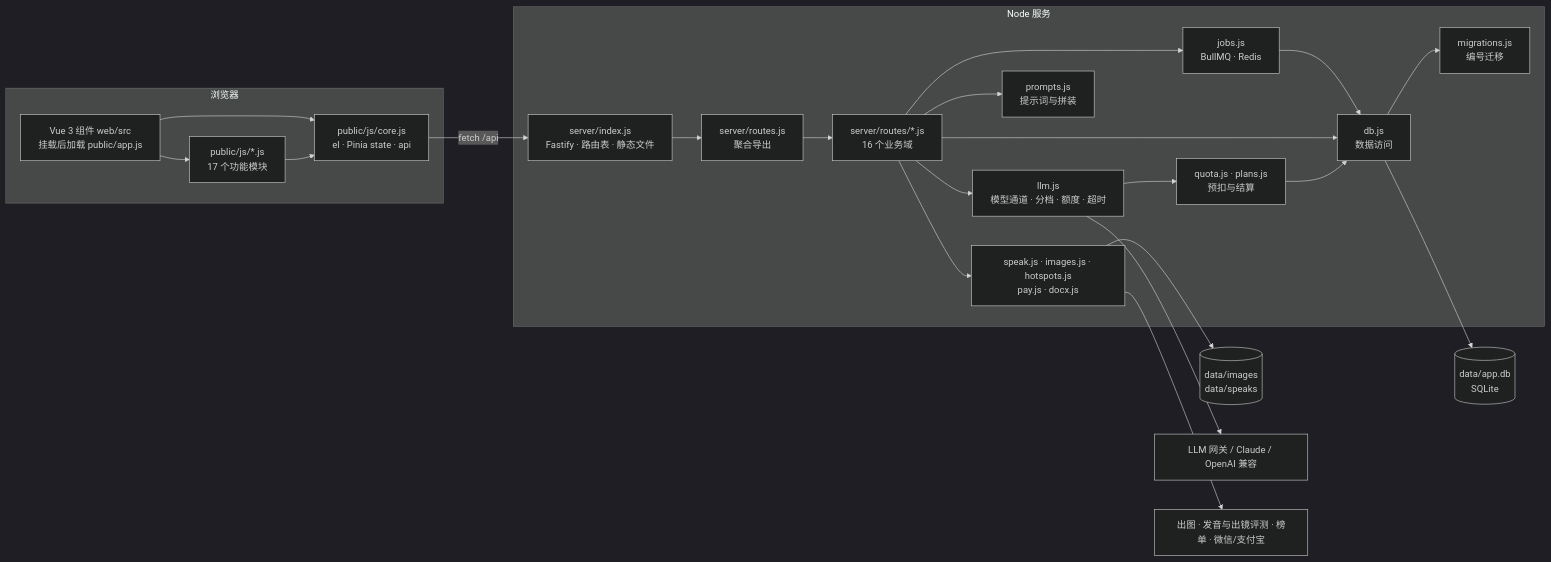
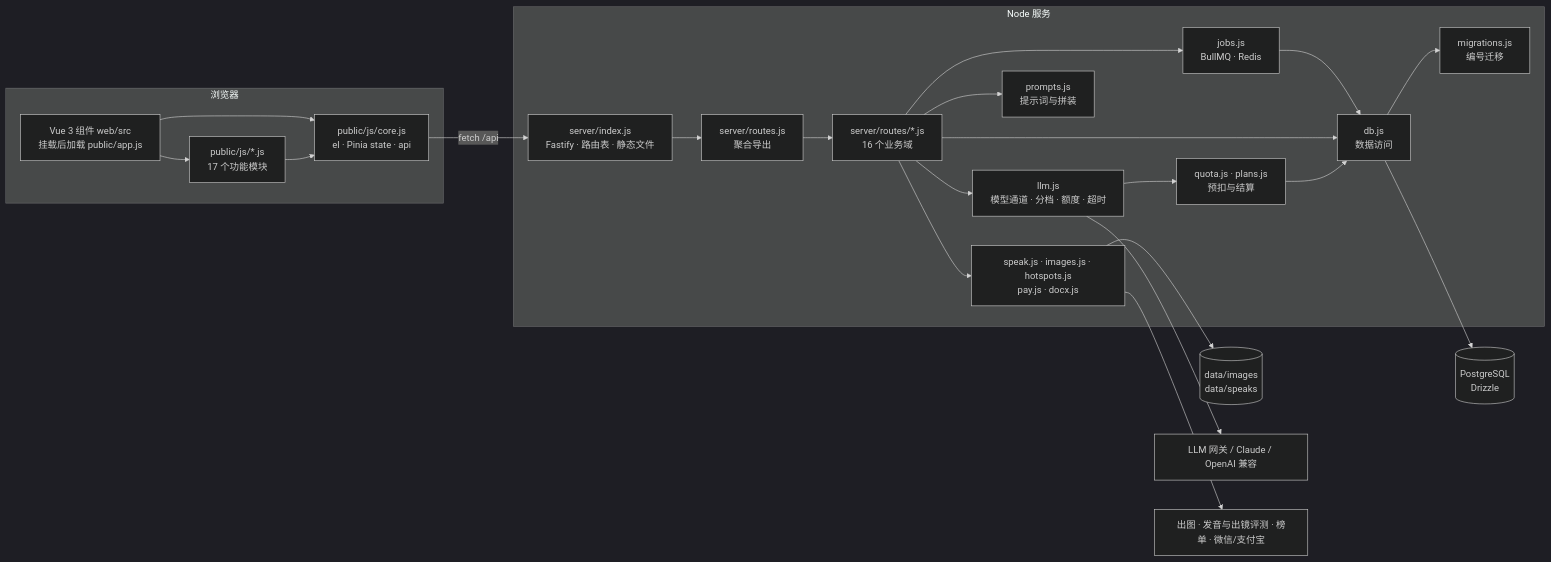
The diagram in docs/ARCHITECTURE.md (wjh2113/ip-studio), drawn with Mermaid (dark theme) before and after one commit. The commit also changed other lines of this file and 57 other files, not shown here.

First line of the commit message:
Store product data in PostgreSQL with Drizzle.

````diff
--- a/docs/ARCHITECTURE.md
+++ b/docs/ARCHITECTURE.md
@@ -7,26 +7,26 @@
 ```mermaid
 flowchart LR
   subgraph 浏览器
     A[Vue 3 组件 web/src<br/>挂载后加载 public/app.js] --> C[public/js/core.js<br/>el · Pinia state · api]
     A --> F[public/js/*.js<br/>17 个功能模块]
     F --> C
   end
   subgraph Node 服务
     I[server/index.js<br/>Fastify · 路由表 · 静态文件] --> R[server/routes.js<br/>聚合导出]
     R --> RD[server/routes/*.js<br/>16 个业务域]
     RD --> L[llm.js<br/>模型通道 · 分档 · 额度 · 超时]
     RD --> P[prompts.js<br/>提示词与拼装]
     RD --> S[speak.js · images.js · hotspots.js<br/>pay.js · docx.js]
     RD --> J[jobs.js<br/>BullMQ · Redis]
     J --> D
     L --> Q[quota.js · plans.js<br/>预扣与结算]
     RD --> D[db.js<br/>数据访问]
     Q --> D
     D --> M[migrations.js<br/>编号迁移]
   end
   C -- fetch /api --> I
-  D --> DB[(data/app.db<br/>SQLite)]
+  D --> DB[(PostgreSQL<br/>Drizzle)]
   S --> FS[(data/images<br/>data/speaks)]
   L --> GW[LLM 网关 / Claude / OpenAI 兼容]
   S --> EXT[出图 · 发音与出镜评测 · 榜单 · 微信/支付宝]
 ```
````
